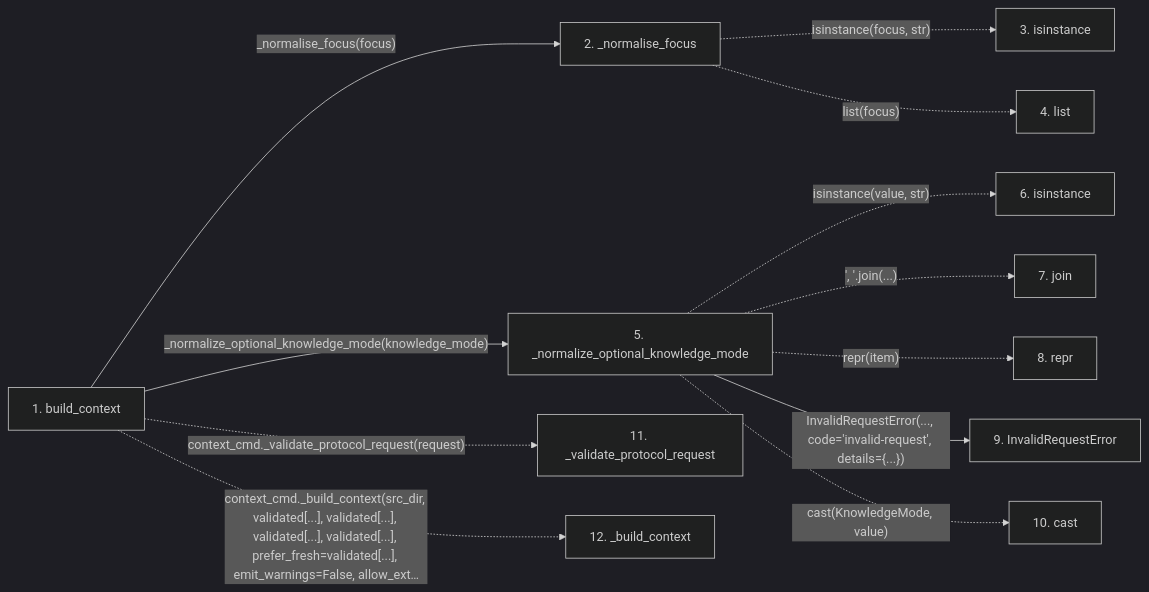
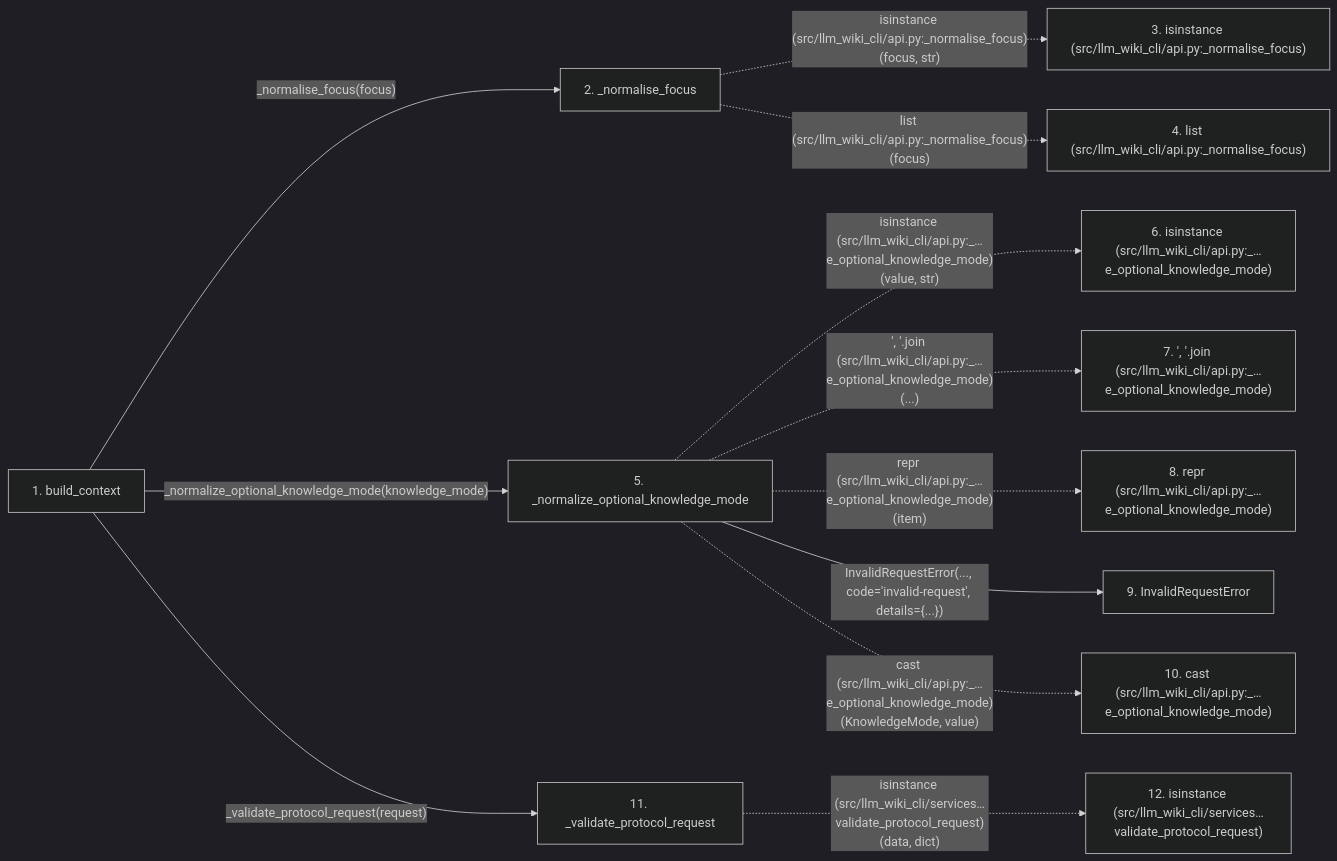
The second of 2 diagrams in docs/llm_wiki/flows/api-build_context.md (Denissvgn/python-wiki-llm), drawn with Mermaid (dark theme) before and after one commit. The commit also changed other lines of this file and 719 other files, not shown here.

````diff
--- a/docs/llm_wiki/flows/api-build_context.md
+++ b/docs/llm_wiki/flows/api-build_context.md
@@ -71,30 +107,31 @@
 ```mermaid
 flowchart LR
     s1["1. build_context"]
     s2["2. _normalise_focus"]
-    s3["3. isinstance"]
-    s4["4. list"]
+    s3["3. isinstance (src/llm_wiki_cli/api.py:_normalise_focus)"]
+    s4["4. list (src/llm_wiki_cli/api.py:_normalise_focus)"]
     s5["5. _normalize_optional_knowledge_mode"]
-    s6["6. isinstance"]
-    s7["7. join"]
-    s8["8. repr"]
+    s6["6. isinstance (src/llm_wiki_cli/api.py:_…e_optional_knowledge_mode)"]
+    s7["7. ', '.join (src/llm_wiki_cli/api.py:_…e_optional_knowledge_mode)"]
+    s8["8. repr (src/llm_wiki_cli/api.py:_…e_optional_knowledge_mode)"]
     s9["9. InvalidRequestError"]
-    s10["10. cast"]
+    s10["10. cast (src/llm_wiki_cli/api.py:_…e_optional_knowledge_mode)"]
     s11["11. _validate_protocol_request"]
-    s12["12. _build_context"]
+    s12["12. isinstance (src/llm_wiki_cli/services…validate_protocol_request)"]
     s1 -->|"_normalise_focus(focus)"| s2
-    s2 -. "isinstance(focus, str)" .-> s3
-    s2 -. "list(focus)" .-> s4
+    s2 -. "isinstance (src/llm_wiki_cli/api.py:_normalise_focus)(focus, str)" .-> s3
+    s2 -. "list (src/llm_wiki_cli/api.py:_normalise_focus)(focus)" .-> s4
     s1 -->|"_normalize_optional_knowledge_mode(knowledge_mode)"| s5
-    s5 -. "isinstance(value, str)" .-> s6
-    s5 -. "', '.join(...)" .-> s7
-    s5 -. "repr(item)" .-> s8
+    s5 -. "isinstance (src/llm_wiki_cli/api.py:_…e_optional_knowledge_mode)(value, str)" .-> s6
+    s5 -. "', '.join (src/llm_wiki_cli/api.py:_…e_optional_knowledge_mode)(...)" .-> s7
+    s5 -. "repr (src/llm_wiki_cli/api.py:_…e_optional_knowledge_mode)(item)" .-> s8
     s5 -->|"InvalidRequestError(..., code='invalid-request', details={...})"| s9
-    s5 -. "cast(KnowledgeMode, value)" .-> s10
-    s1 -. "context_cmd._validate_protocol_request(request)" .-> s11
-    s1 -. "context_cmd._build_context(src_dir, validated[...], validated[...], validated[...], validated[...], prefer_fresh=validated[...], emit_warnings=False, allow_ext…" .-> s12
+    s5 -. "cast (src/llm_wiki_cli/api.py:_…e_optional_knowledge_mode)(KnowledgeMode, value)" .-> s10
+    s1 -->|"_validate_protocol_request(request)"| s11
+    s11 -. "isinstance (src/llm_wiki_cli/services…validate_protocol_request)(data, dict)" .-> s12
     click s1 "../modules/api.md"
     click s2 "../modules/api.md"
     click s5 "../modules/api.md"
     click s9 "../modules/api.md"
+    click s11 "../modules/context_service.md"
 ```
````
